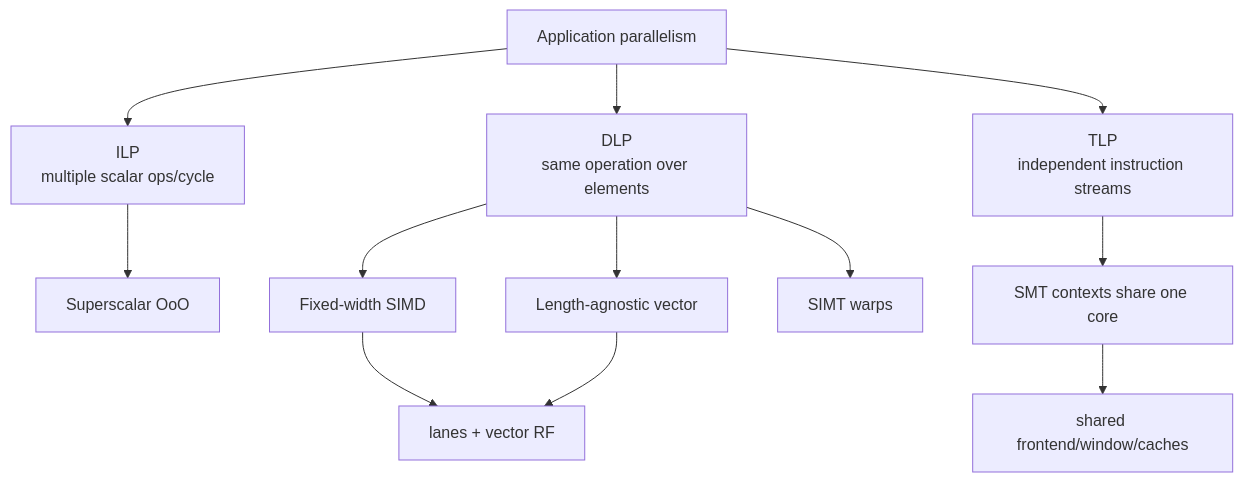
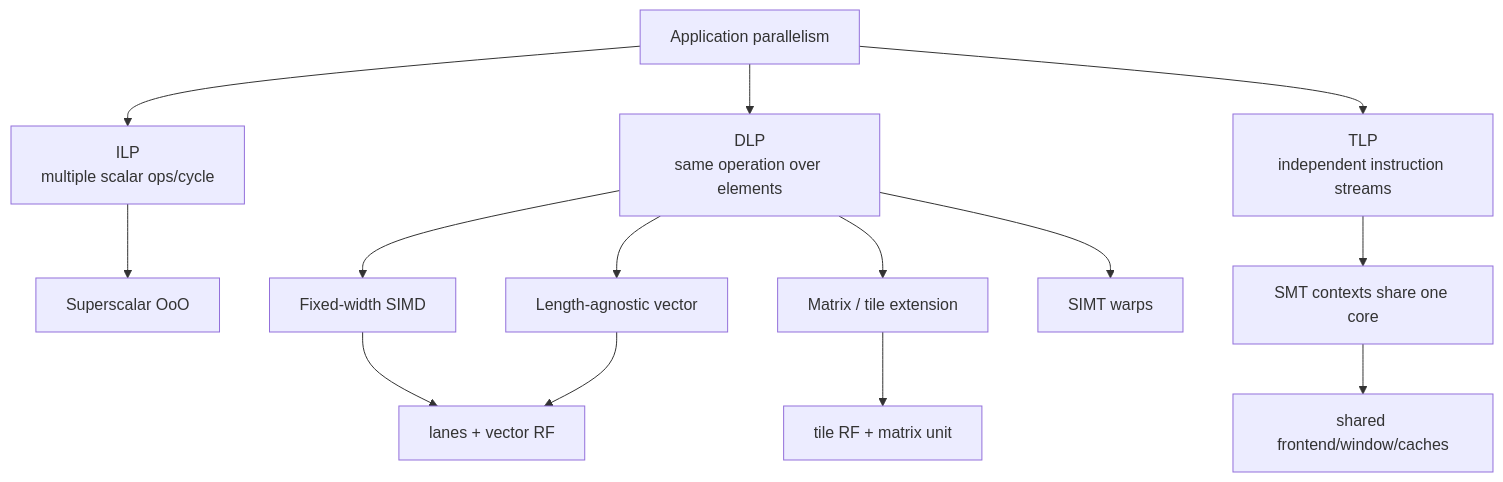
Before and after one commit to Wty2003328/silicon-design-notebook: the first of 2 diagrams in 01_Architecture_and_PPA/01_CPU_Architecture/01_Core_Foundations/03_SMT_SIMD_and_Vector_Execution.md, drawn with Mermaid. The commit also changed other lines of this file and 47 other files, not shown here.

Commit message:
Add research-depth AI workload architecture sections

````diff
--- a/01_Architecture_and_PPA/01_CPU_Architecture/01_Core_Foundations/03_SMT_SIMD_and_Vector_Execution.md
+++ b/01_Architecture_and_PPA/01_CPU_Architecture/01_Core_Foundations/03_SMT_SIMD_and_Vector_Execution.md
@@ -21,14 +21,16 @@
 ```mermaid
 flowchart TB
     Work["Application parallelism"] --> ILP["ILP\nmultiple scalar ops/cycle"]
     Work --> DLP["DLP\nsame operation over elements"]
     Work --> TLP["TLP\nindependent instruction streams"]
     ILP --> OoO["Superscalar OoO"]
     DLP --> SIMD["Fixed-width SIMD"]
     DLP --> Vector["Length-agnostic vector"]
+    DLP --> Matrix["Matrix / tile extension"]
     DLP --> SIMT["SIMT warps"]
     TLP --> SMT["SMT contexts share one core"]
     SIMD --> Lanes["lanes + vector RF"]
     Vector --> Lanes
+    Matrix --> Tiles["tile RF + matrix unit"]
     SMT --> Shared["shared frontend/window/caches"]
 ```
````
